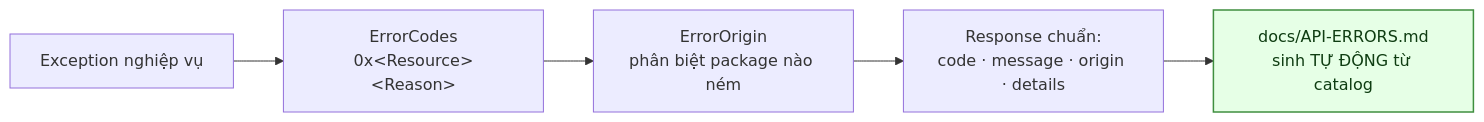
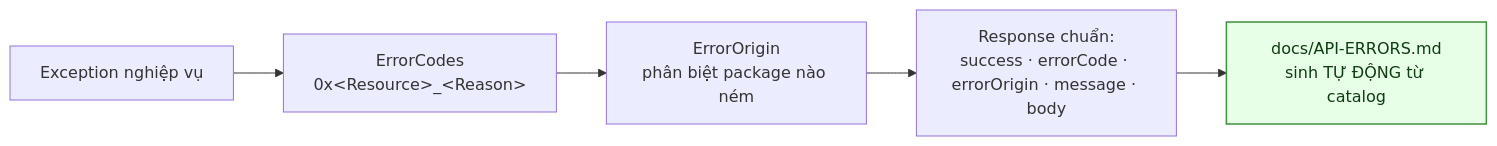
Before and after one commit to fdshn/trueheart: the first of 6 diagrams in docs/diagram/26-api-conventions.md, drawn with Mermaid. The commit also changed other lines of this file and 3 other files, not shown here.

````diff
--- a/docs/diagram/26-api-conventions.md
+++ b/docs/diagram/26-api-conventions.md
@@ -7,9 +7,9 @@
 ```mermaid
 flowchart LR
-    A[Exception nghiệp vụ] --> B["ErrorCodes<br/>0x#lt;Resource#gt;#lt;Reason#gt;"]
+    A[Exception nghiệp vụ] --> B["ErrorCodes<br/>0x#lt;Resource#gt;_#lt;Reason#gt;"]
     B --> C["ErrorOrigin<br/>phân biệt package nào ném"]
-    C --> D["Response chuẩn:<br/>code · message · origin · details"]
+    C --> D["Response chuẩn:<br/>success · errorCode · errorOrigin · message · body"]
     D --> E["docs/API-ERRORS.md<br/>sinh TỰ ĐỘNG từ catalog"]
 
     style E fill:#e6ffe6,stroke:#3f8f3f,stroke-width:1.5px,color:#0f3d12
 ```
````
